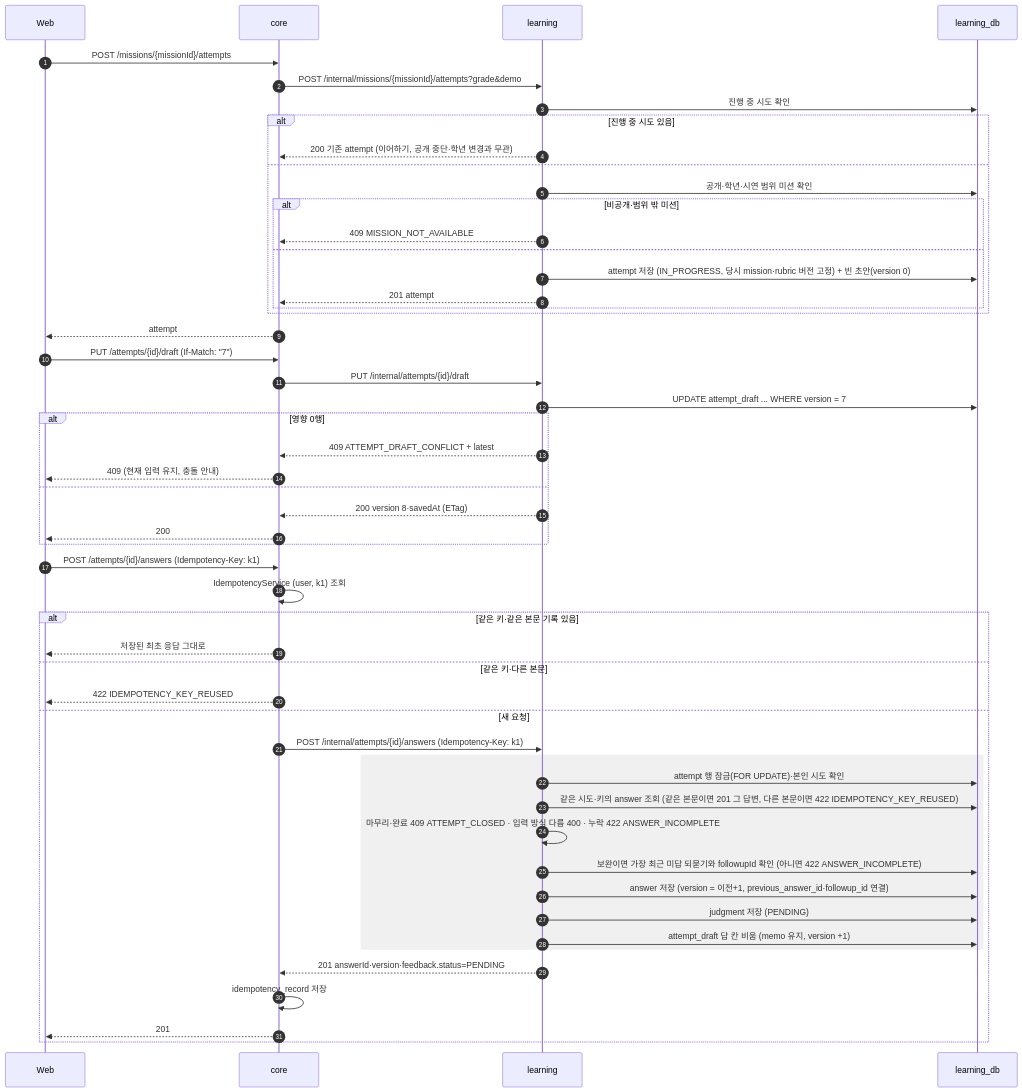
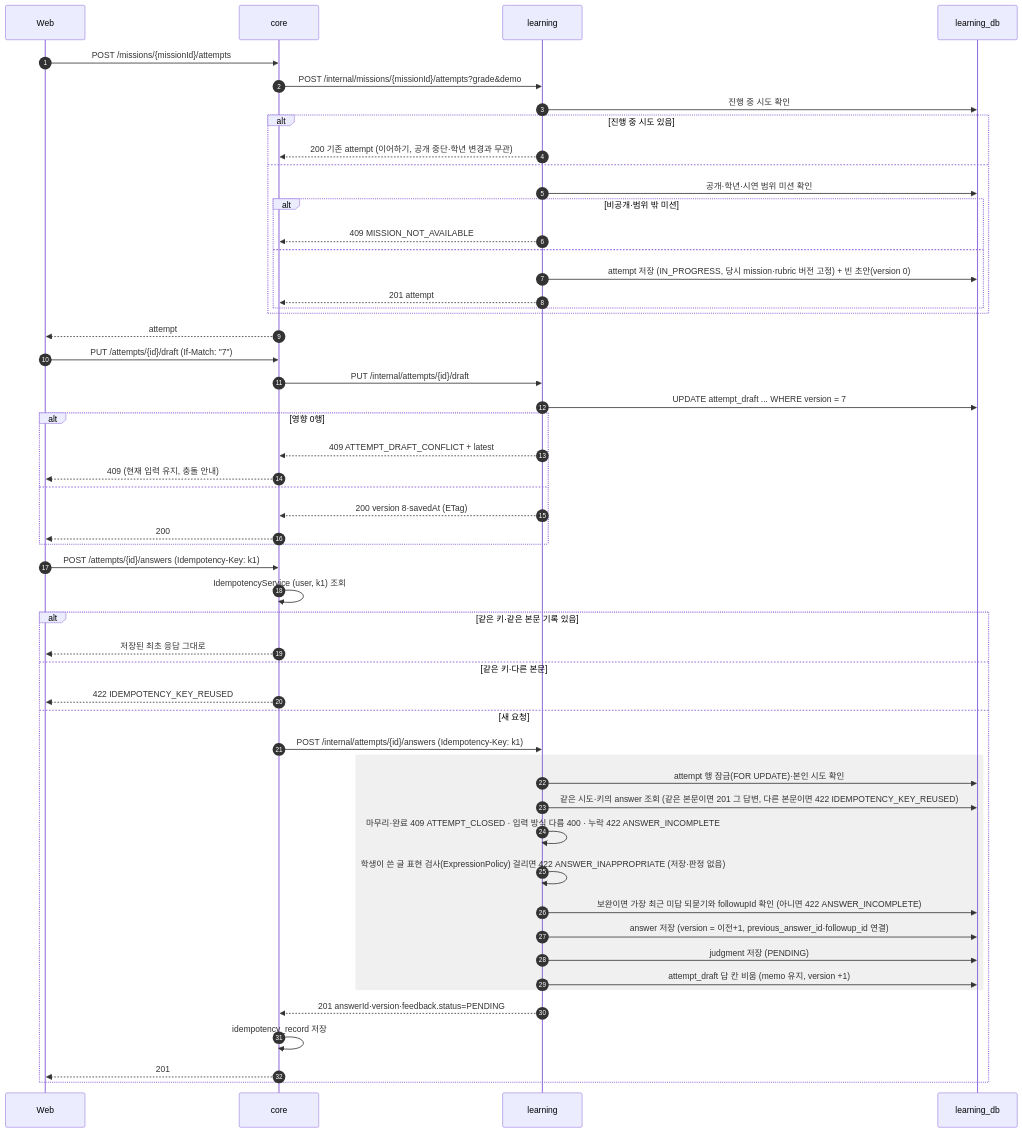
Before and after one commit to SKNETWORKS-FAMILY-AICAMP/SKN34-FINAL-3TEAM: the seventh of 22 diagrams in docs/design/sequence-diagram.md, drawn with Mermaid. The commit also changed other lines of this file and 4 other files, not shown here.

````diff
--- a/docs/design/sequence-diagram.md
+++ b/docs/design/sequence-diagram.md
@@ -230,57 +230,58 @@
 ```mermaid
 sequenceDiagram
   autonumber
   participant W as Web
   participant C as core
   participant L as learning
   participant DB as learning_db
 
   W->>C: POST /missions/{missionId}/attempts
   C->>L: POST /internal/missions/{missionId}/attempts?grade&demo
   L->>DB: 진행 중 시도 확인
   alt 진행 중 시도 있음
     L-->>C: 200 기존 attempt (이어하기, 공개 중단·학년 변경과 무관)
   else
     L->>DB: 공개·학년·시연 범위 미션 확인
     alt 비공개·범위 밖 미션
       L-->>C: 409 MISSION_NOT_AVAILABLE
     else
       L->>DB: attempt 저장 (IN_PROGRESS, 당시 mission·rubric 버전 고정) + 빈 초안(version 0)
       L-->>C: 201 attempt
     end
   end
   C-->>W: attempt
 
   W->>C: PUT /attempts/{id}/draft (If-Match: "7")
   C->>L: PUT /internal/attempts/{id}/draft
   L->>DB: UPDATE attempt_draft ... WHERE version = 7
   alt 영향 0행
     L-->>C: 409 ATTEMPT_DRAFT_CONFLICT + latest
     C-->>W: 409 (현재 입력 유지, 충돌 안내)
   else
     L-->>C: 200 version 8·savedAt (ETag)
     C-->>W: 200
   end
 
   W->>C: POST /attempts/{id}/answers (Idempotency-Key: k1)
   C->>C: IdempotencyService (user, k1) 조회
   alt 같은 키·같은 본문 기록 있음
     C-->>W: 저장된 최초 응답 그대로
   else 같은 키·다른 본문
     C-->>W: 422 IDEMPOTENCY_KEY_REUSED
   else 새 요청
     C->>L: POST /internal/attempts/{id}/answers (Idempotency-Key: k1)
     rect rgba(128,128,128,0.12)
       L->>DB: attempt 행 잠금(FOR UPDATE)·본인 시도 확인
       L->>DB: 같은 시도·키의 answer 조회 (같은 본문이면 201 그 답변, 다른 본문이면 422 IDEMPOTENCY_KEY_REUSED)
       L->>L: 마무리·완료 409 ATTEMPT_CLOSED · 입력 방식 다름 400 · 누락 422 ANSWER_INCOMPLETE
+      L->>L: 학생이 쓴 글 표현 검사(ExpressionPolicy) 걸리면 422 ANSWER_INAPPROPRIATE (저장·판정 없음)
       L->>DB: 보완이면 가장 최근 미답 되묻기와 followupId 확인 (아니면 422 ANSWER_INCOMPLETE)
       L->>DB: answer 저장 (version = 이전+1, previous_answer_id·followup_id 연결)
       L->>DB: judgment 저장 (PENDING)
       L->>DB: attempt_draft 답 칸 비움 (memo 유지, version +1)
     end
     L-->>C: 201 answerId·version·feedback.status=PENDING
     C->>C: idempotency_record 저장
     C-->>W: 201
   end
 ```
````
